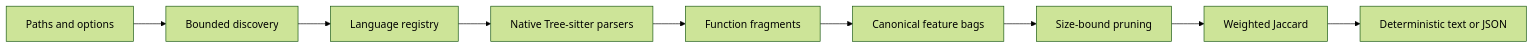
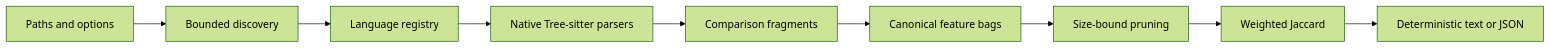
Before and after one commit to Cyberlane/mori: the diagram in docs/architecture.md, drawn with Mermaid (forest theme). The commit also changed other lines of this file and 28 other files, not shown here.

````diff
--- a/docs/architecture.md
+++ b/docs/architecture.md
@@ -5,11 +5,11 @@
 ```mermaid
 flowchart LR
     A[Paths and options] --> B[Bounded discovery]
     B --> C[Language registry]
     C --> D[Native Tree-sitter parsers]
-    D --> E[Function fragments]
+    D --> E[Comparison fragments]
     E --> F[Canonical feature bags]
     F --> G[Size-bound pruning]
     G --> H[Weighted Jaccard]
     H --> I[Deterministic text or JSON]
 ```
````
